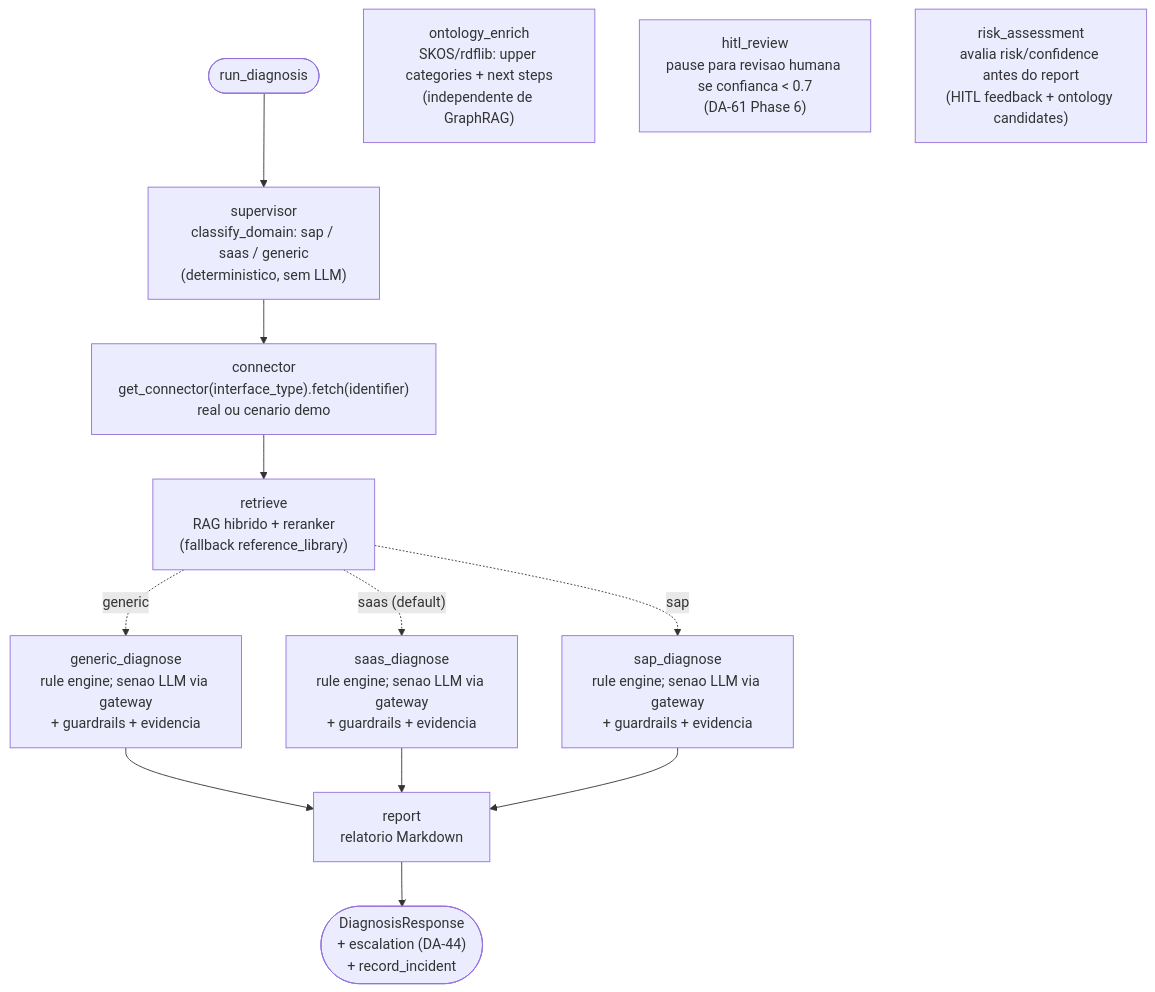
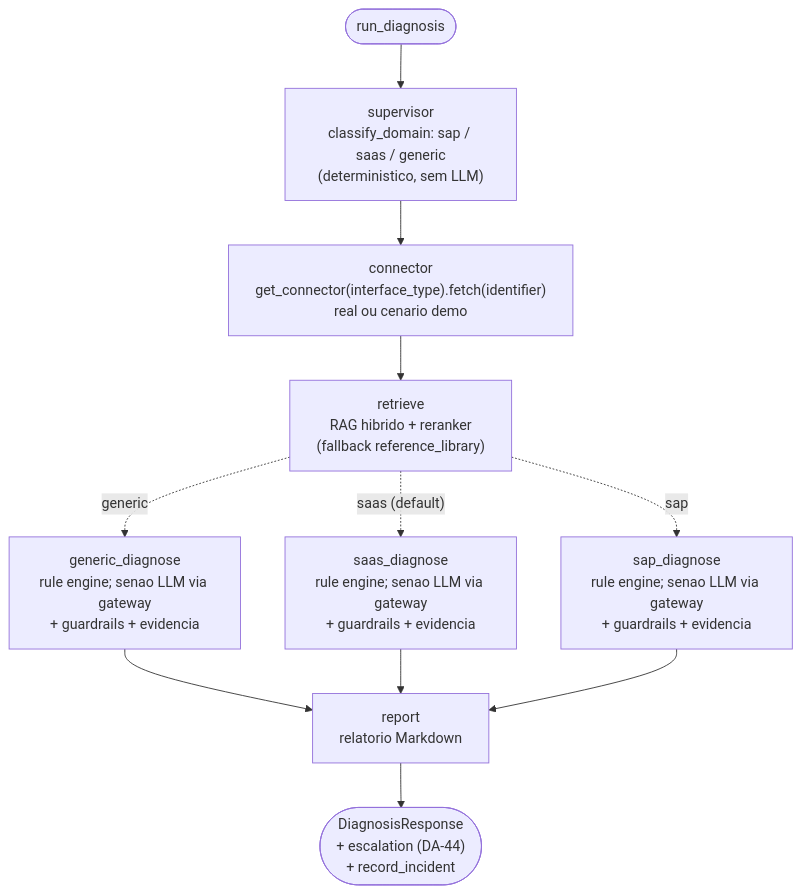
The third of 15 diagrams in docs/ARCHITECTURE.md (marcos-slima/integration-incident-copilot), drawn with Mermaid before and after one commit. The commit also changed other lines of this file and 7 other files, not shown here.

````diff
--- a/docs/ARCHITECTURE.md
+++ b/docs/ARCHITECTURE.md
@@ -116,25 +116,22 @@
 ```mermaid
 flowchart TD
     inicio(["run_diagnosis"])
     supervisor["supervisor<br/>classify_domain: sap / saas / generic<br/>(deterministico, sem LLM)"]
     connector["connector<br/>get_connector(interface_type).fetch(identifier)<br/>real ou cenario demo"]
     retrieve["retrieve<br/>RAG hibrido + reranker<br/>(fallback reference_library)"]
     sap_diagnose["sap_diagnose<br/>rule engine; senao LLM via gateway<br/>+ guardrails + evidencia"]
     saas_diagnose["saas_diagnose<br/>rule engine; senao LLM via gateway<br/>+ guardrails + evidencia"]
     generic_diagnose["generic_diagnose<br/>rule engine; senao LLM via gateway<br/>+ guardrails + evidencia"]
     report["report<br/>relatorio Markdown"]
-    ontology_enrich["ontology_enrich<br/>SKOS/rdflib: upper categories + next steps<br/>(independente de GraphRAG)"]
-    hitl_review["hitl_review<br/>pause para revisao humana se confianca < 0.7<br/>(DA-61 Phase 6)"]
-    risk_assessment["risk_assessment<br/>avalia risk/confidence antes do report<br/>(HITL feedback + ontology candidates)"]
     fim(["DiagnosisResponse<br/>+ escalation (DA-44)<br/>+ record_incident"])
     inicio --> supervisor
     connector --> retrieve
     generic_diagnose --> report
     report --> fim
     retrieve -.->|"generic"| generic_diagnose
     retrieve -.->|"saas (default)"| saas_diagnose
     retrieve -.->|"sap"| sap_diagnose
     saas_diagnose --> report
     sap_diagnose --> report
     supervisor --> connector
 ```
````
